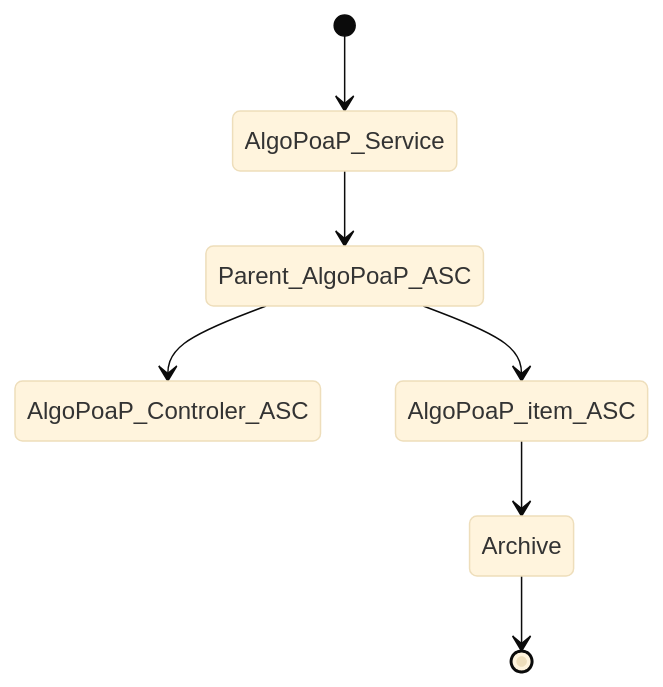
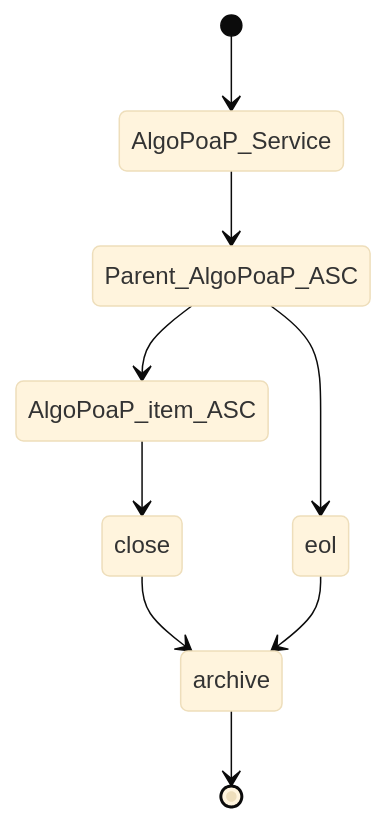
The second of 7 diagrams in README.md (Sun-C0ffee/algopoap-smartcontracts), drawn with Mermaid (base theme) before and after one commit. The commit also changed other lines of this file, not shown here.

````diff
--- a/README.md
+++ b/README.md
@@ -28,9 +27,11 @@
 ```mermaid
   stateDiagram-v2
     [*] --> AlgoPoaP_Service
     AlgoPoaP_Service --> Parent_AlgoPoaP_ASC
-    Parent_AlgoPoaP_ASC --> AlgoPoaP_Controler_ASC
     Parent_AlgoPoaP_ASC --> AlgoPoaP_item_ASC
-    AlgoPoaP_item_ASC --> Archive
-    Archive --> [*]
+    AlgoPoaP_item_ASC --> close
+    Parent_AlgoPoaP_ASC --> eol
+    close --> archive
+    eol --> archive
+    archive --> [*]
 ```
````
